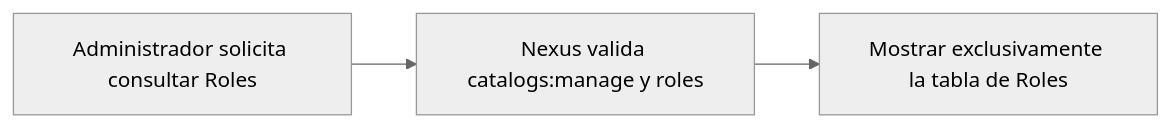
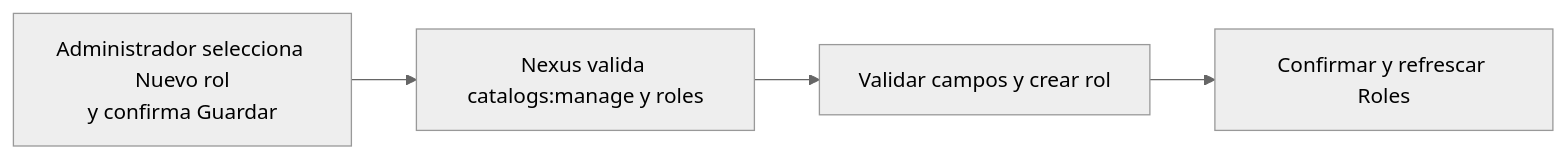
One commit to gpgsistemas01/nexus changed the diagram in docs/requirements/diagrams/catalogs/cu-cat-13.md. Above: the diagram before and after it, drawn with Mermaid (neutral theme). The commit also changed other lines of this file and 167 other files, not shown here.

````diff
--- a/docs/requirements/diagrams/catalogs/cu-cat-13.md
+++ b/docs/requirements/diagrams/catalogs/cu-cat-13.md
@@ -3,5 +3,6 @@
 ```mermaid
 flowchart LR
-    request["Administrador solicita consultar Roles"] --> authorize["Nexus valida catalogs:manage y roles"]
-    authorize --> result["Mostrar exclusivamente la tabla de Roles"]
+    request["Administrador selecciona Nuevo rol<br/>y confirma Guardar"] --> authorize["Nexus valida catalogs:manage y roles"]
+    authorize --> persist["Validar campos y crear rol"]
+    persist --> result["Confirmar y refrescar Roles"]
 ```
````
